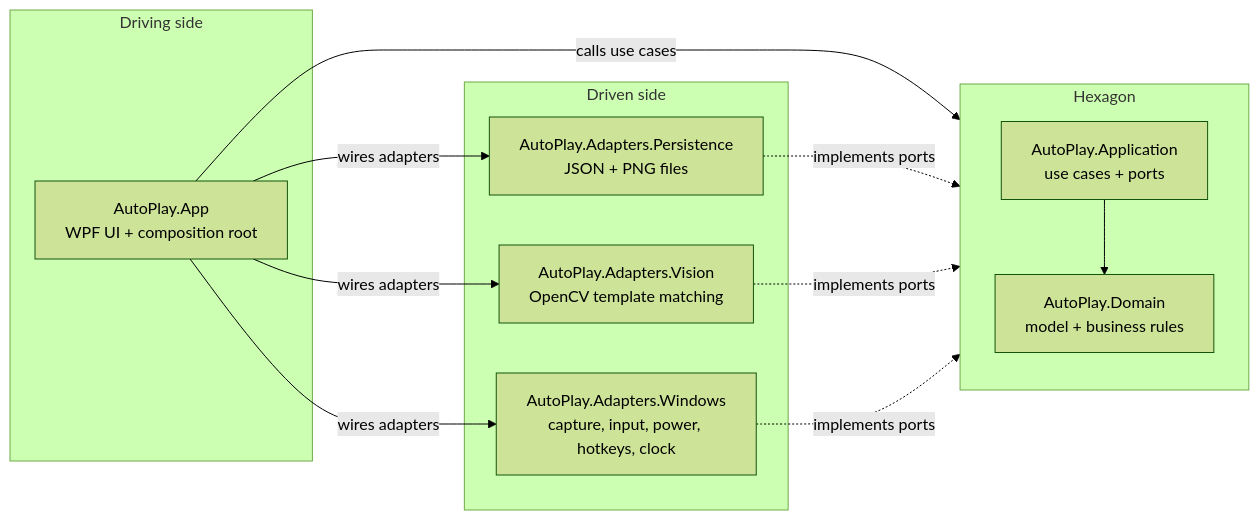
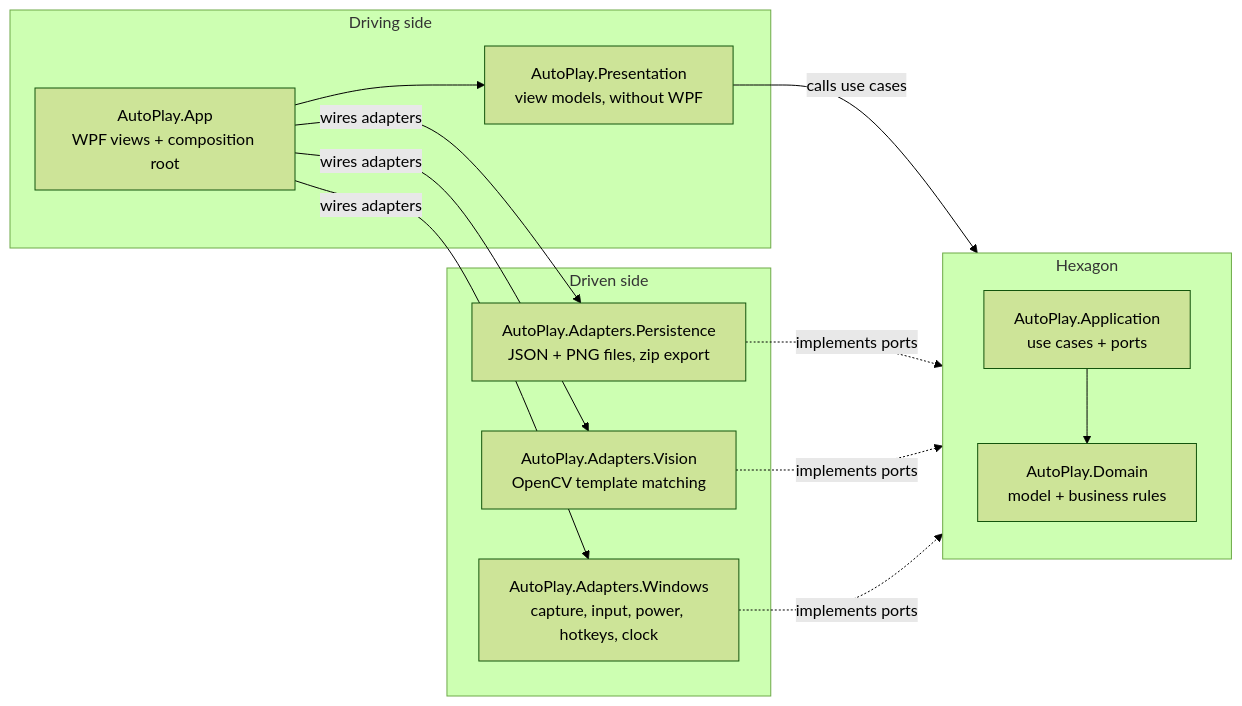
One commit to victor-duc/auto-play changed the diagram in docs/architecture.md. Above: the diagram before and after it, drawn with Mermaid (forest theme). The commit also changed other lines of this file and 2 other files, not shown here.

First line of the commit message:
Update the specification, the architecture and the README

````diff
--- a/docs/architecture.md
+++ b/docs/architecture.md
@@ -7,27 +7,29 @@
 ```mermaid
 flowchart LR
     subgraph Driving["Driving side"]
-        App["AutoPlay.App<br/>WPF UI + composition root"]
+        App["AutoPlay.App<br/>WPF views + composition root"]
+        Presentation["AutoPlay.Presentation<br/>view models, without WPF"]
+        App --> Presentation
     end
 
     subgraph Hexagon["Hexagon"]
         direction TB
         Application["AutoPlay.Application<br/>use cases + ports"]
         Domain["AutoPlay.Domain<br/>model + business rules"]
         Application --> Domain
     end
 
     subgraph Driven["Driven side"]
-        Persistence["AutoPlay.Adapters.Persistence<br/>JSON + PNG files"]
+        Persistence["AutoPlay.Adapters.Persistence<br/>JSON + PNG files, zip export"]
         Vision["AutoPlay.Adapters.Vision<br/>OpenCV template matching"]
         Windows["AutoPlay.Adapters.Windows<br/>capture, input, power, hotkeys, clock"]
     end
 
-    App -->|calls use cases| Application
+    Presentation -->|calls use cases| Application
     Persistence -.->|implements ports| Application
     Vision -.->|implements ports| Application
     Windows -.->|implements ports| Application
     App -->|wires adapters| Persistence
     App -->|wires adapters| Vision
     App -->|wires adapters| Windows
 ```
````
